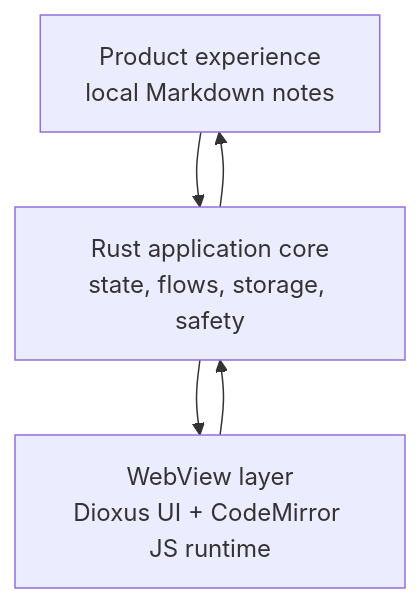
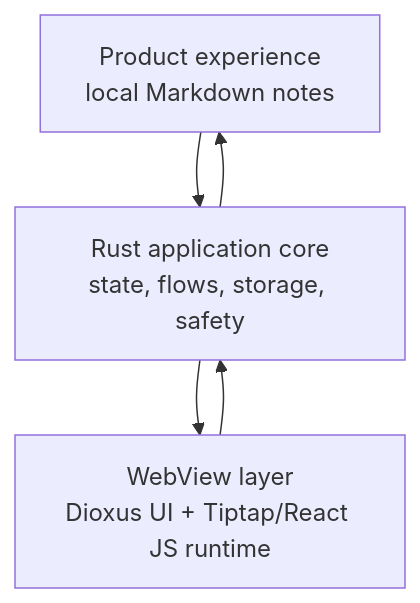
One commit to Youzi2233/papyro changed the first of 8 diagrams in docs/architecture.md. Above: the diagram before and after it, drawn with Mermaid. The commit also changed other lines of this file and 25 other files, not shown here.

Commit message:
refactor: establish tiptap react island

````diff
--- a/docs/architecture.md
+++ b/docs/architecture.md
@@ -29,9 +30,9 @@
 ```mermaid
 flowchart TD
     product["Product experience<br/>local Markdown notes"]
     rust["Rust application core<br/>state, flows, storage, safety"]
-    webview["WebView layer<br/>Dioxus UI + CodeMirror JS runtime"]
+    webview["WebView layer<br/>Dioxus UI + Tiptap/React JS runtime"]
 
     product --> rust --> webview
     webview --> rust --> product
 ```
````
